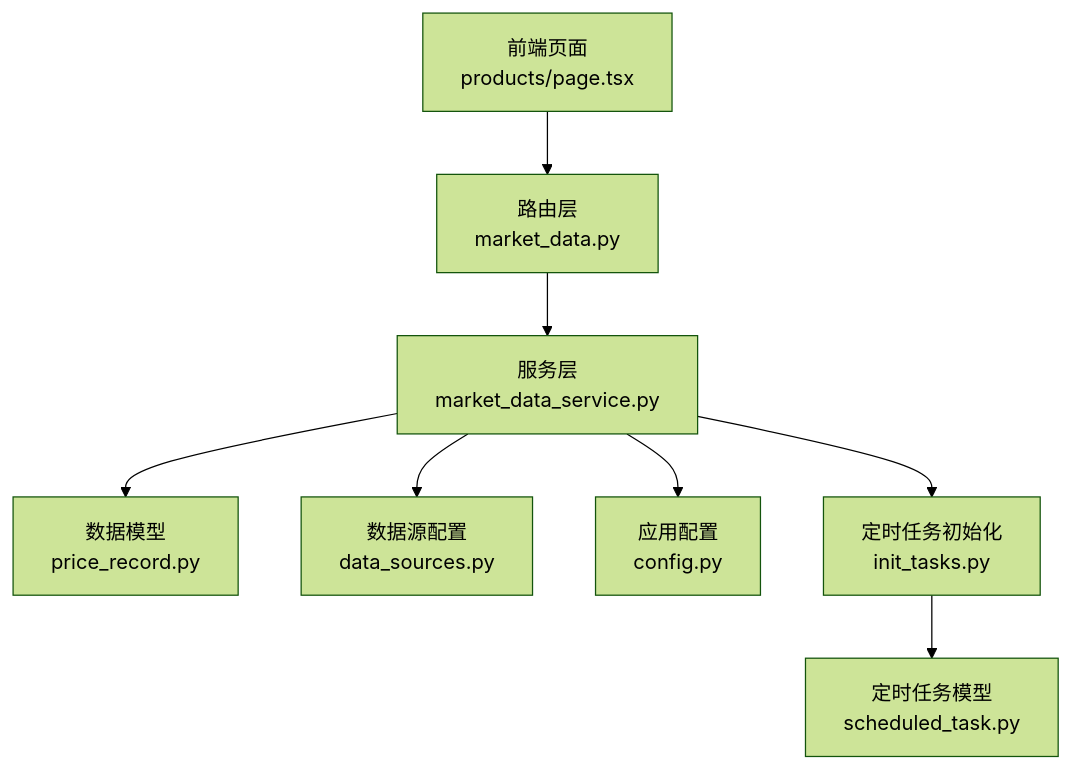
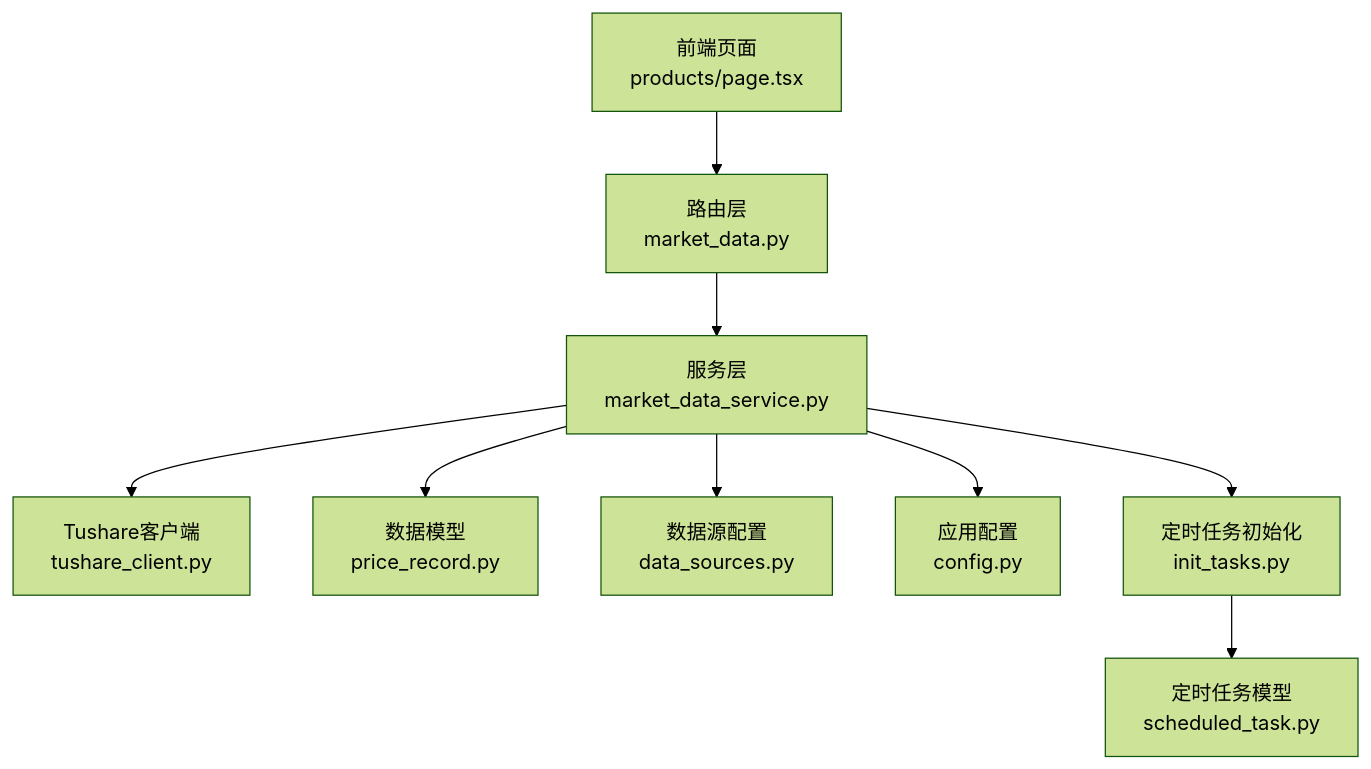
Before and after one commit to gujialind/InvestRing: the first of 8 diagrams in .qoder/repowiki/zh/content/数据同步系统/历史数据回补.md, drawn with Mermaid (forest theme). The commit also changed other lines of this file and 39 other files, not shown here.

````diff
--- a/.qoder/repowiki/zh/content/数据同步系统/历史数据回补.md
+++ b/.qoder/repowiki/zh/content/数据同步系统/历史数据回补.md
@@ -42,10 +54,11 @@
 ```mermaid
 graph TB
 FE["前端页面<br/>products/page.tsx"] --> API["路由层<br/>market_data.py"]
 API --> SVC["服务层<br/>market_data_service.py"]
+SVC --> TUSHARE["Tushare客户端<br/>tushare_client.py"]
 SVC --> MODEL["数据模型<br/>price_record.py"]
 SVC --> DS["数据源配置<br/>data_sources.py"]
 SVC --> CFG["应用配置<br/>config.py"]
 SVC --> SCHED["定时任务初始化<br/>init_tasks.py"]
 SCHED --> ST["定时任务模型<br/>scheduled_task.py"]
 ```
````
